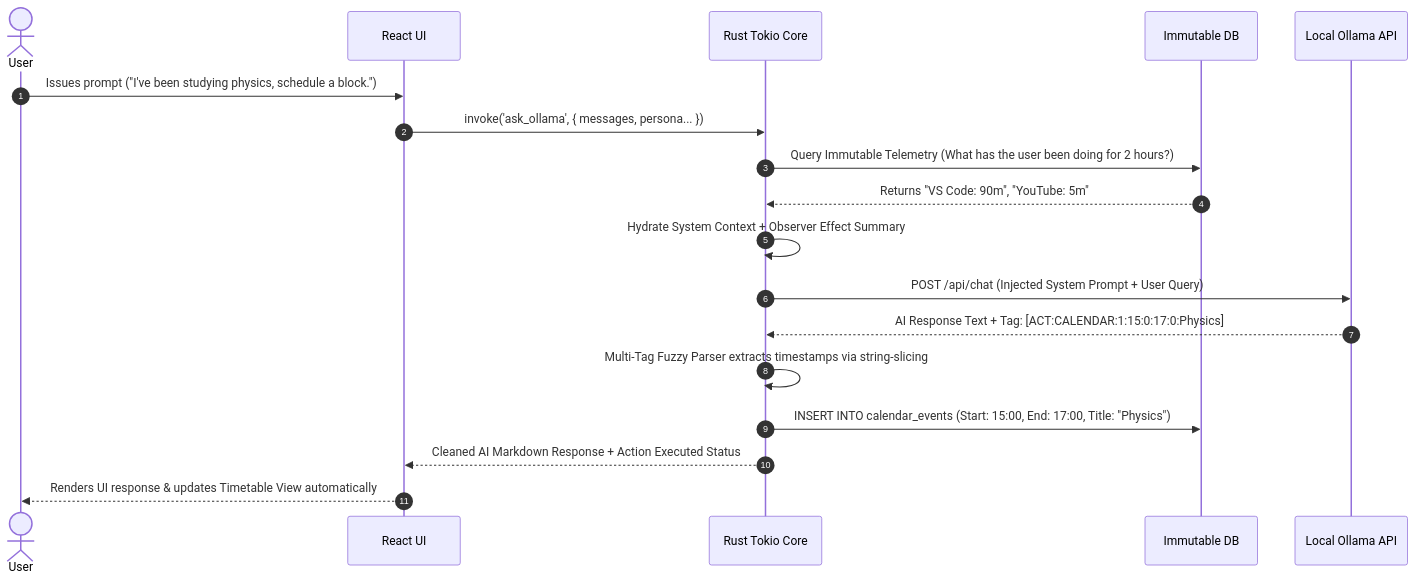
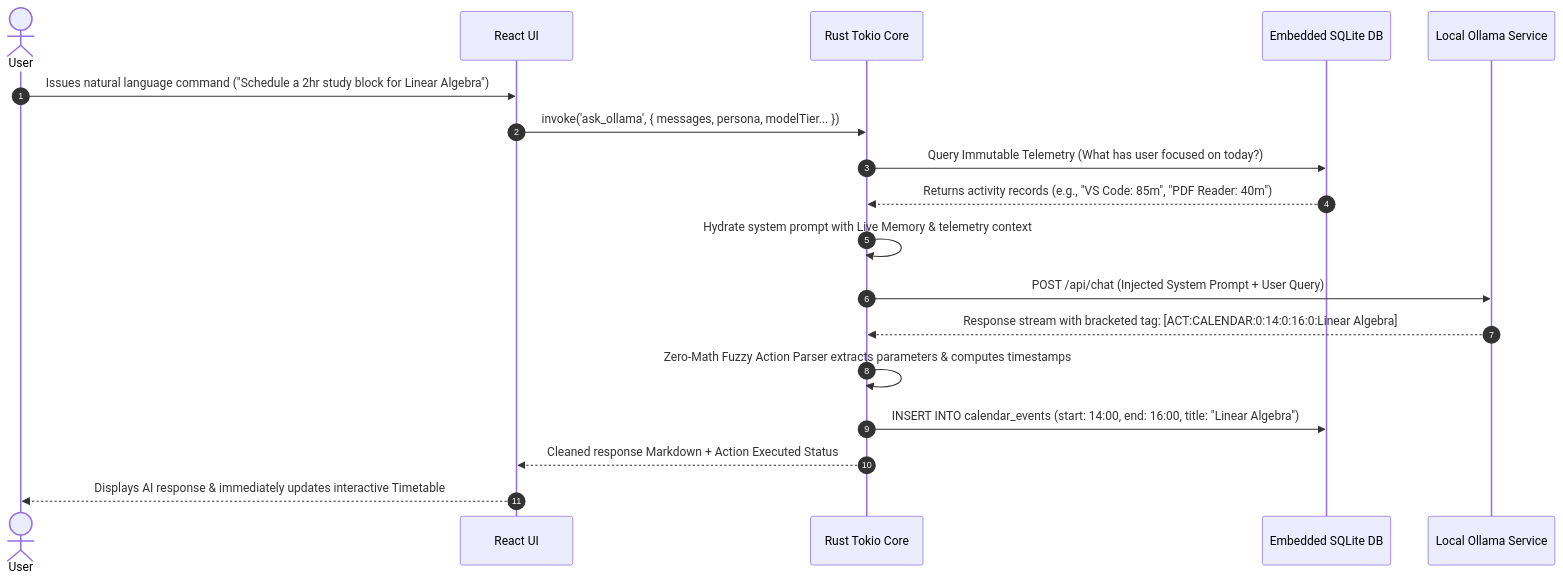
Before and after one commit to KoundinyaG-7313/Omni-Dashboard: the diagram in README.md, drawn with Mermaid. The commit also changed other lines of this file, not shown here.

Commit message:
docs: restructure README with cross-platform architecture guidelines, professional tone, and clear OS separation

````diff
--- a/README.md
+++ b/README.md
@@ -74,21 +120,21 @@
 ```mermaid
 sequenceDiagram
     autonumber
     actor User
     participant Frontend as React UI
     participant Daemon as Rust Tokio Core
-    participant SQLite as Immutable DB
-    participant AI as Local Ollama API
+    participant SQLite as Embedded SQLite DB
+    participant AI as Local Ollama Service
 
-    User->>Frontend: Issues prompt ("I've been studying physics, schedule a block.")
-    Frontend->>Daemon: invoke('ask_ollama', { messages, persona... })
-    Daemon->>SQLite: Query Immutable Telemetry (What has the user been doing for 2 hours?)
-    SQLite-->>Daemon: Returns "VS Code: 90m", "YouTube: 5m"
-    Daemon->>Daemon: Hydrate System Context + Observer Effect Summary
+    User->>Frontend: Issues natural language command ("Schedule a 2hr study block for Linear Algebra")
+    Frontend->>Daemon: invoke('ask_ollama', { messages, persona, modelTier... })
+    Daemon->>SQLite: Query Immutable Telemetry (What has user focused on today?)
+    SQLite-->>Daemon: Returns activity records (e.g., "VS Code: 85m", "PDF Reader: 40m")
+    Daemon->>Daemon: Hydrate system prompt with Live Memory & telemetry context
     Daemon->>AI: POST /api/chat (Injected System Prompt + User Query)
-    AI-->>Daemon: AI Response Text + Tag: [ACT:CALENDAR:1:15:0:17:0:Physics]
-    Daemon->>Daemon: Multi-Tag Fuzzy Parser extracts timestamps via string-slicing
-    Daemon->>SQLite: INSERT INTO calendar_events (Start: 15:00, End: 17:00, Title: "Physics")
-    Daemon-->>Frontend: Cleaned AI Markdown Response + Action Executed Status
-    Frontend-->>User: Renders UI response & updates Timetable View automatically
+    AI-->>Daemon: Response stream with bracketed tag: [ACT:CALENDAR:0:14:0:16:0:Linear Algebra]
+    Daemon->>Daemon: Zero-Math Fuzzy Action Parser extracts parameters & computes timestamps
+    Daemon->>SQLite: INSERT INTO calendar_events (start: 14:00, end: 16:00, title: "Linear Algebra")
+    Daemon-->>Frontend: Cleaned response Markdown + Action Executed Status
+    Frontend-->>User: Displays AI response & immediately updates interactive Timetable
 ```
````
